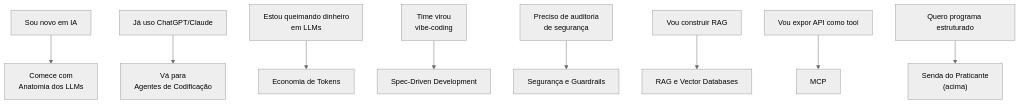
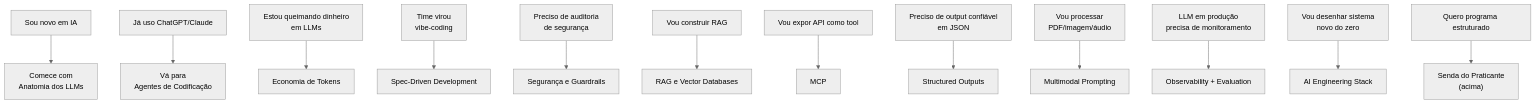
One commit to josenaldo/codex-technomanticus changed the second of 2 diagrams in 03-Dominios/IA/index.md. Above: the diagram before and after it, drawn with Mermaid (neutral theme). The commit also changed other lines of this file, not shown here.

````diff
--- a/03-Dominios/IA/index.md
+++ b/03-Dominios/IA/index.md
@@ -316,11 +425,15 @@
 ```mermaid
 graph TD
     A["Sou novo em IA"] --> B["Comece com<br/>Anatomia dos LLMs"]
     C["Já uso ChatGPT/Claude"] --> D["Vá para<br/>Agentes de Codificação"]
     E["Estou queimando dinheiro<br/>em LLMs"] --> F["Economia de Tokens"]
     G["Time virou<br/>vibe-coding"] --> H["Spec-Driven Development"]
     I["Preciso de auditoria<br/>de segurança"] --> J["Segurança e Guardrails"]
     K["Vou construir RAG"] --> L["RAG e Vector Databases"]
     M["Vou expor API como tool"] --> N["MCP"]
+    Q["Preciso de output confiável<br/>em JSON"] --> R["Structured Outputs"]
+    S["Vou processar<br/>PDF/imagem/áudio"] --> T["Multimodal Prompting"]
+    U["LLM em produção<br/>precisa de monitoramento"] --> V["Observability + Evaluation"]
+    W["Vou desenhar sistema<br/>novo do zero"] --> X["AI Engineering Stack"]
     O["Quero programa estruturado"] --> P["Senda do Praticante<br/>(acima)"]
 ```
````
